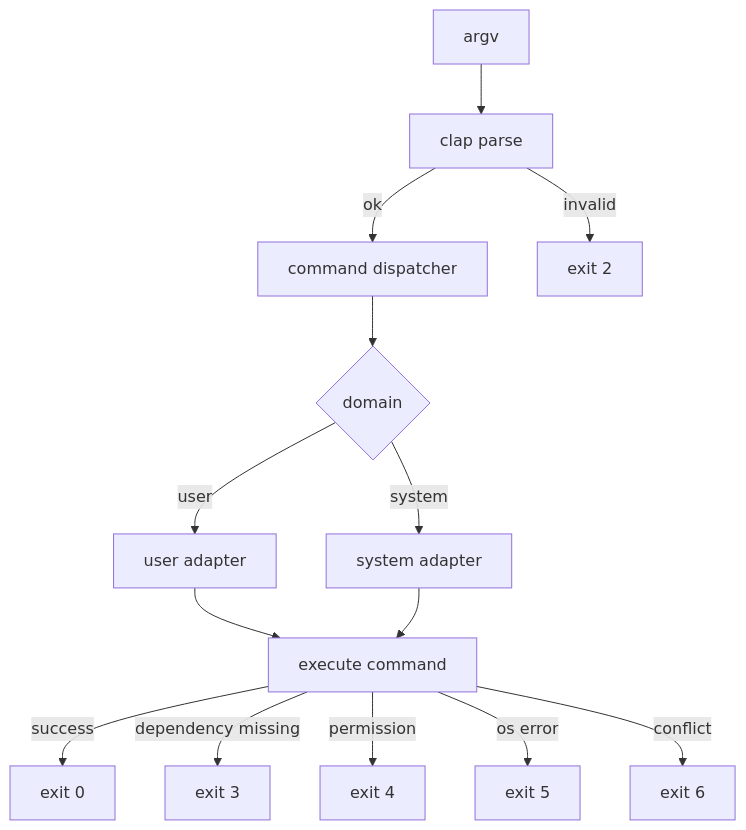
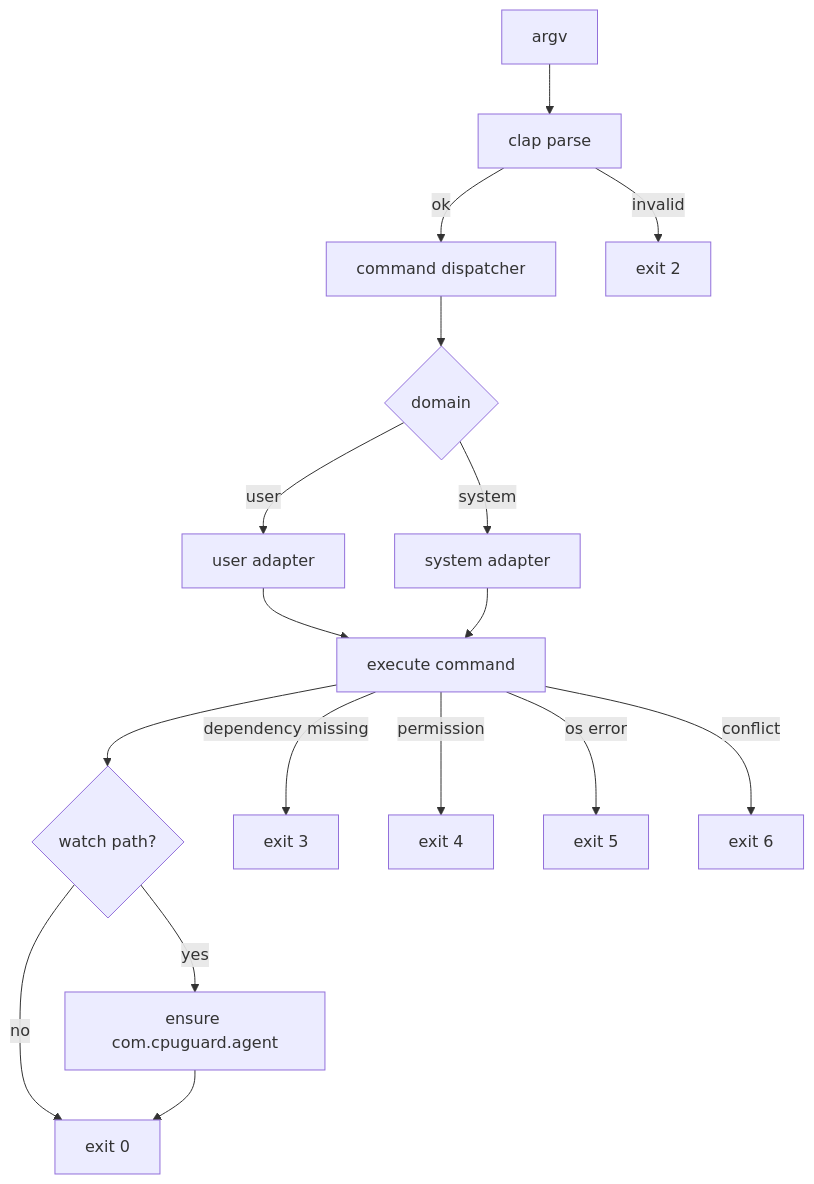
The diagram in docs/03-cli-contract.md (hxy91819/cpuguard), drawn with Mermaid before and after one commit. The commit also changed other lines of this file and 21 other files, not shown here.

````diff
--- a/docs/03-cli-contract.md
+++ b/docs/03-cli-contract.md
@@ -51,19 +91,22 @@
 ```mermaid
 flowchart TD
     A[argv] --> B[clap parse]
     B -->|ok| C[command dispatcher]
     B -->|invalid| Z1[exit 2]
 
     C --> D{domain}
     D -->|user| E[user adapter]
     D -->|system| F[system adapter]
 
     E --> G[execute command]
     F --> G
+    G --> H{watch path?}
+    H -->|yes| I[ensure com.cpuguard.agent]
+    H -->|no| Z0[exit 0]
+    I --> Z0
 
-    G -->|success| Z0[exit 0]
     G -->|dependency missing| Z3[exit 3]
     G -->|permission| Z4[exit 4]
     G -->|os error| Z5[exit 5]
     G -->|conflict| Z6[exit 6]
 ```
````
